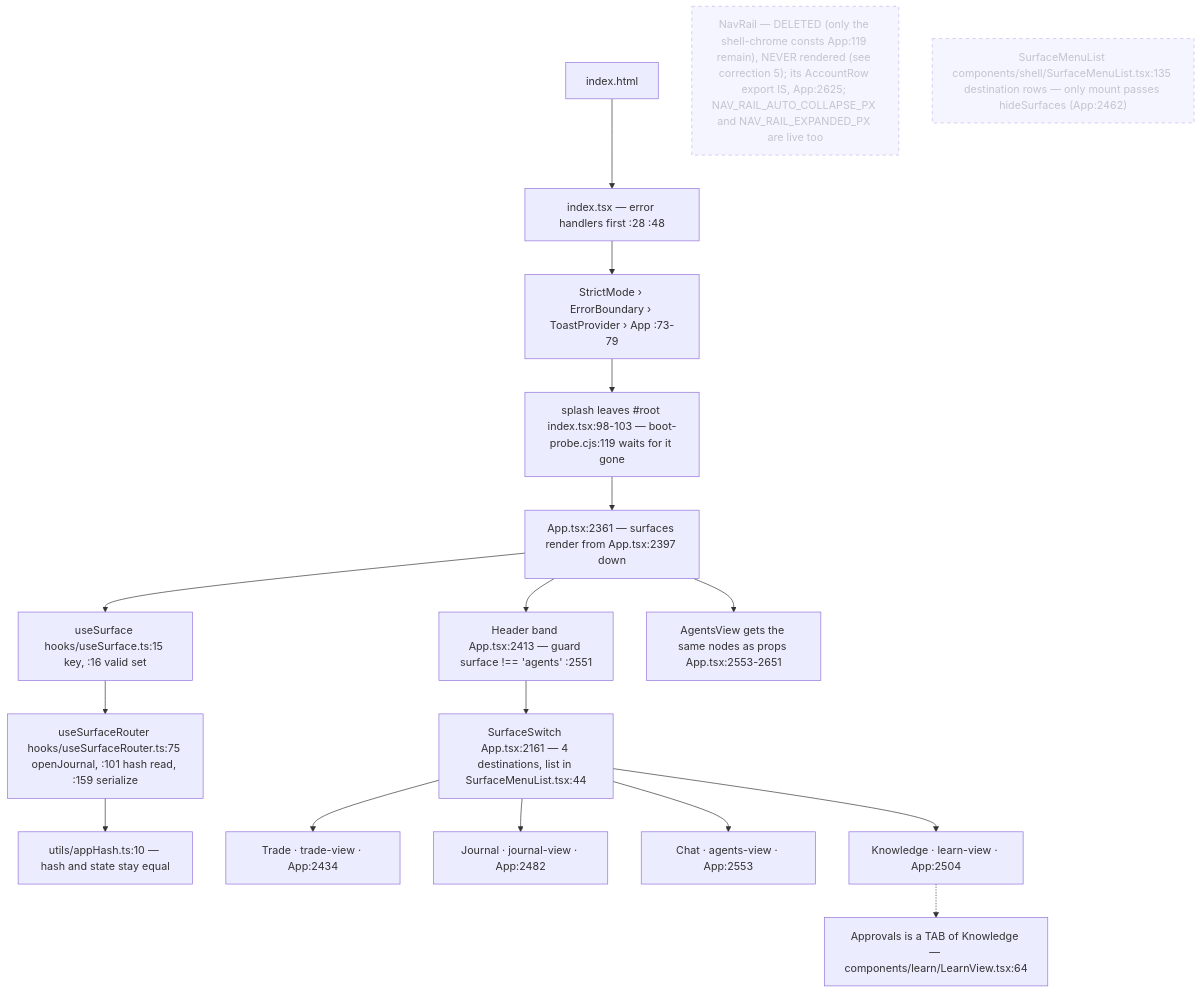
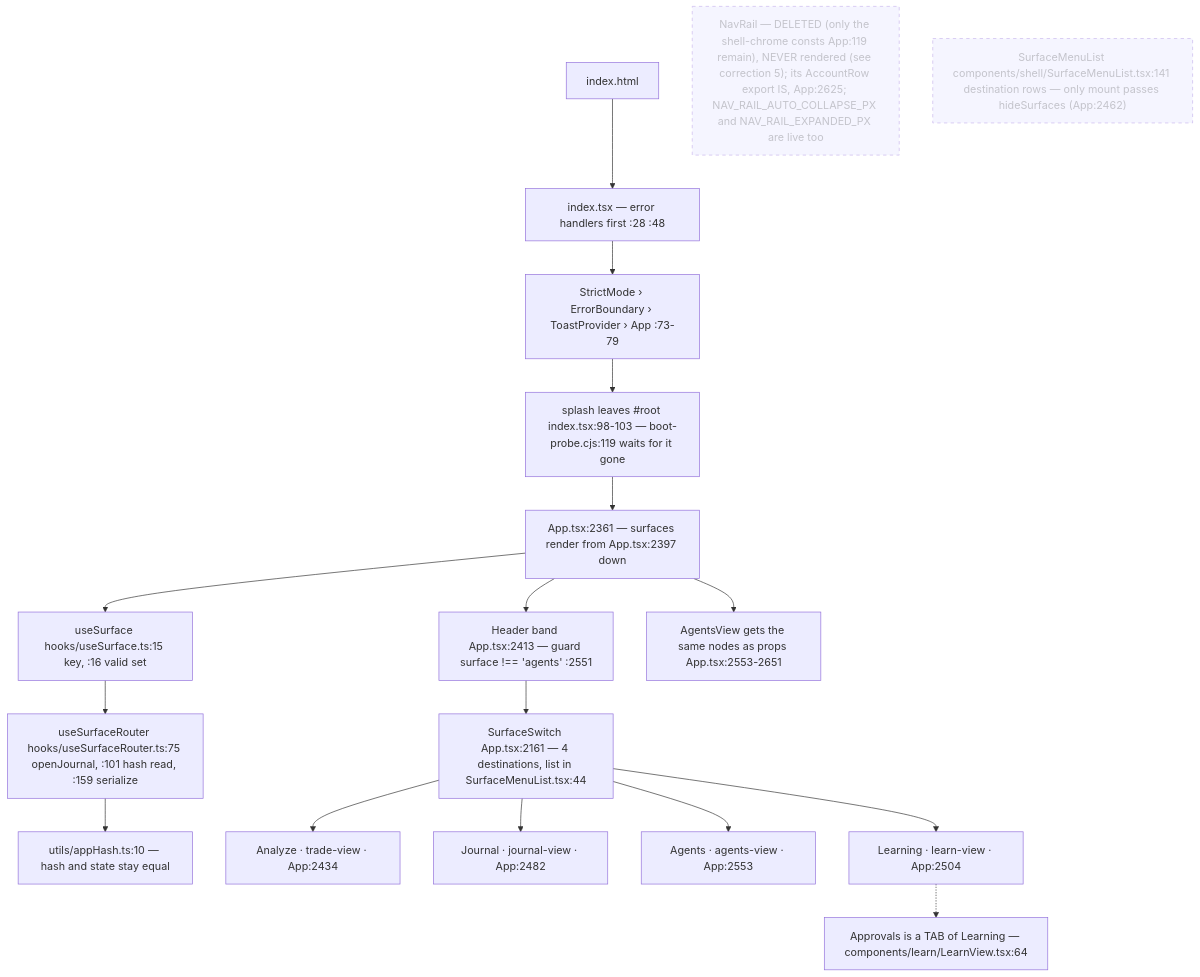
The first of 8 diagrams in docs/app-flow.md (Acepay25/august-3.5), drawn with Mermaid before and after one commit. The commit also changed other lines of this file and 81 other files, not shown here.

````diff
--- a/docs/app-flow.md
+++ b/docs/app-flow.md
@@ -49,21 +49,21 @@
 ```mermaid
 flowchart TD
     H["index.html"] --> I["index.tsx — error handlers first :28 :48"]
     I --> S["StrictMode › ErrorBoundary › ToastProvider › App :73-79"]
     S --> SP["splash leaves #root index.tsx:98-103 — boot-probe.cjs:119 waits for it gone"]
     SP --> APP["App.tsx:2361 — surfaces render from App.tsx:2397 down"]
     APP --> US["useSurface hooks/useSurface.ts:15 key, :16 valid set"]
     US --> UR["useSurfaceRouter hooks/useSurfaceRouter.ts:75 openJournal, :101 hash read, :159 serialize"]
     UR --> HASH["utils/appHash.ts:10 — hash and state stay equal"]
     APP --> HD["Header band App.tsx:2413 — guard surface !== 'agents' :2551"]
     HD --> SW["SurfaceSwitch App.tsx:2161 — 4 destinations, list in SurfaceMenuList.tsx:44"]
     APP --> AV["AgentsView gets the same nodes as props App.tsx:2553-2651"]
-    SW --> T["Trade · trade-view · App:2434"]
+    SW --> T["Analyze · trade-view · App:2434"]
     SW --> J["Journal · journal-view · App:2482"]
-    SW --> C["Chat · agents-view · App:2553"]
-    SW --> K["Knowledge · learn-view · App:2504"]
-    K -.-> AP["Approvals is a TAB of Knowledge — components/learn/LearnView.tsx:64"]
+    SW --> C["Agents · agents-view · App:2553"]
+    SW --> K["Learning · learn-view · App:2504"]
+    K -.-> AP["Approvals is a TAB of Learning — components/learn/LearnView.tsx:64"]
     NR["NavRail — DELETED (only the shell-chrome consts App:119 remain), NEVER rendered (see correction 5); its AccountRow export IS, App:2625; NAV_RAIL_AUTO_COLLAPSE_PX and NAV_RAIL_EXPANDED_PX are live too"]:::dead
-    SM["SurfaceMenuList components/shell/SurfaceMenuList.tsx:135 destination rows — only mount passes hideSurfaces (App:2462)"]:::dead
+    SM["SurfaceMenuList components/shell/SurfaceMenuList.tsx:141 destination rows — only mount passes hideSurfaces (App:2462)"]:::dead
     classDef dead stroke-dasharray: 5 5,opacity:.5
 ```
````
